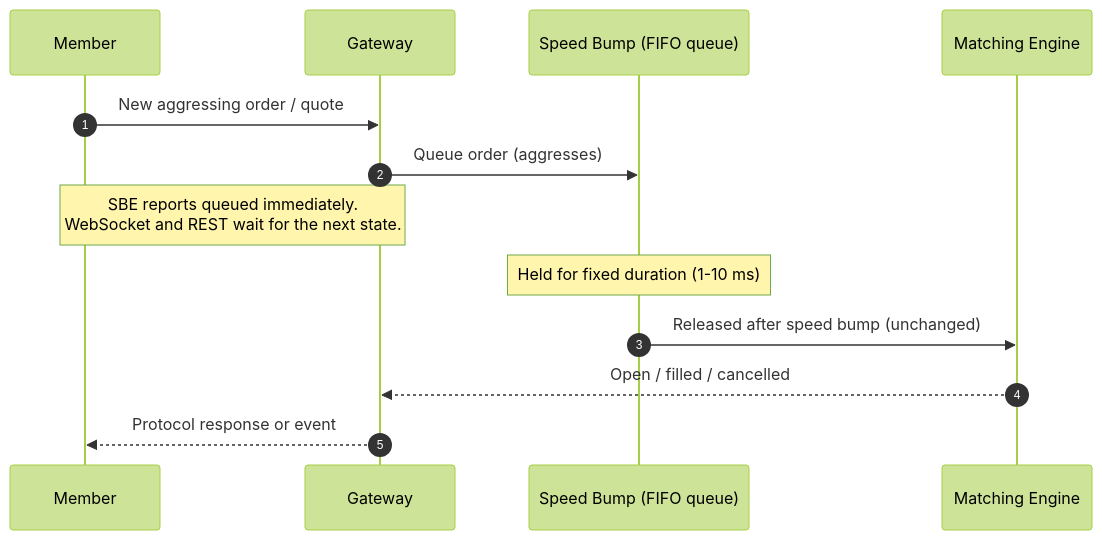
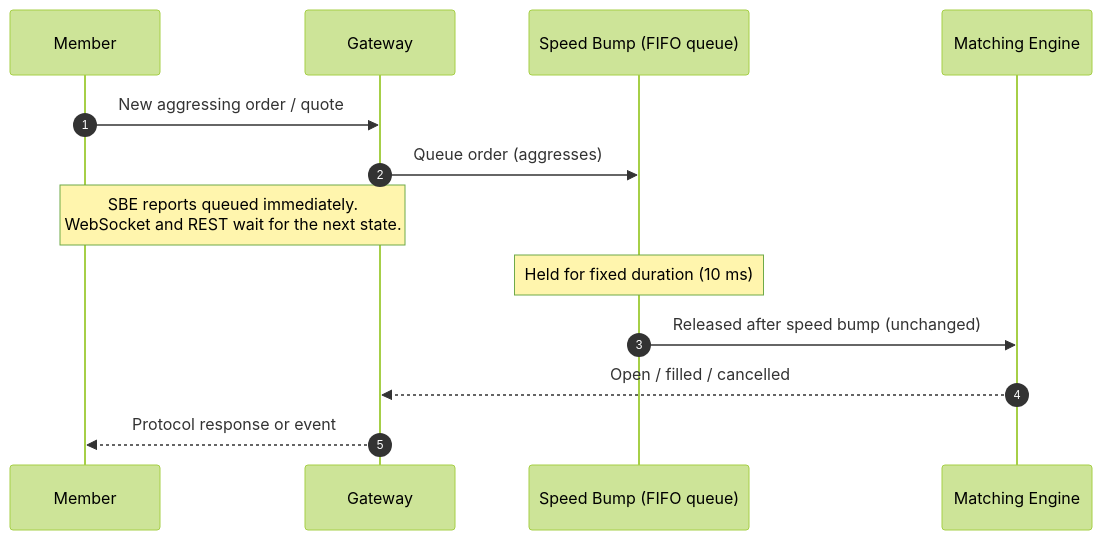
One commit to dzmbs/options-docs changed the first of 3 diagrams in deribit/starbase/speed-bumps.md. Above: the diagram before and after it, drawn with Mermaid (forest theme). The commit also changed other lines of this file and 77 other files, not shown here.

````diff
--- a/deribit/starbase/speed-bumps.md
+++ b/deribit/starbase/speed-bumps.md
@@ -32,15 +34,15 @@
 ```mermaid theme={null}
 sequenceDiagram
     autonumber
     participant M as Member
     participant GW as Gateway
     participant SB as Speed Bump (FIFO queue)
     participant OB as Matching Engine
     M->>GW: New aggressing order / quote
     GW->>SB: Queue order (aggresses)
     Note over M,GW: SBE reports queued immediately.<br/>WebSocket and REST wait for the next state.
-    Note over SB: Held for fixed duration (1-10 ms)
+    Note over SB: Held for fixed duration (10 ms)
     SB->>OB: Released after speed bump (unchanged)
     OB-->>GW: Open / filled / cancelled
     GW-->>M: Protocol response or event
 ```
````
